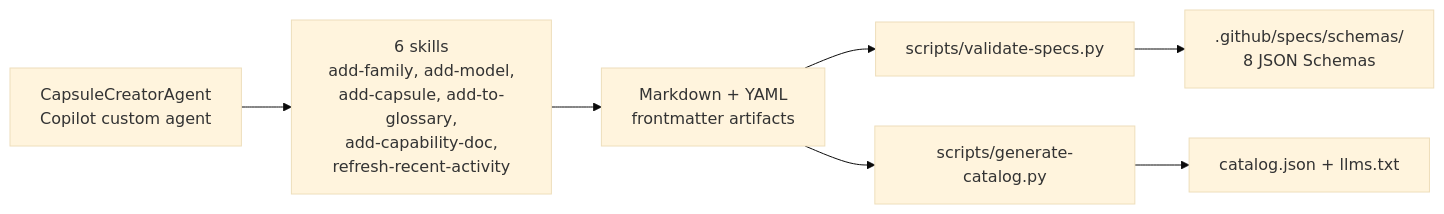
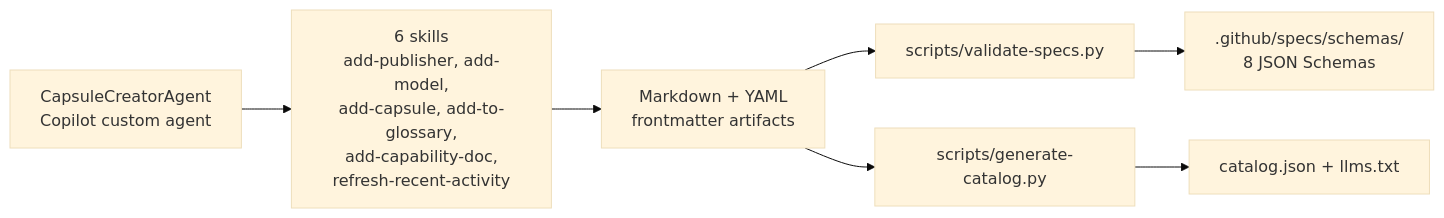
One commit to microsoft-foundry/model-releases changed the second of 2 diagrams in docs/README.md. Above: the diagram before and after it, drawn with Mermaid (base theme). The commit also changed other lines of this file and 41 other files, not shown here.

````diff
--- a/docs/README.md
+++ b/docs/README.md
@@ -93,9 +93,9 @@
 ```mermaid
 flowchart LR
-    A[CapsuleCreatorAgent<br/>Copilot custom agent] --> S[6 skills<br/>add-family, add-model,<br/>add-capsule, add-to-glossary,<br/>add-capability-doc,<br/>refresh-recent-activity]
+    A[CapsuleCreatorAgent<br/>Copilot custom agent] --> S[6 skills<br/>add-publisher, add-model,<br/>add-capsule, add-to-glossary,<br/>add-capability-doc,<br/>refresh-recent-activity]
     S --> M[Markdown + YAML<br/>frontmatter artifacts]
     M --> V[scripts/validate-specs.py]
     V --> X[.github/specs/schemas/<br/>8 JSON Schemas]
     M --> G[scripts/generate-catalog.py]
     G --> J[catalog.json + llms.txt]
 ```
````
